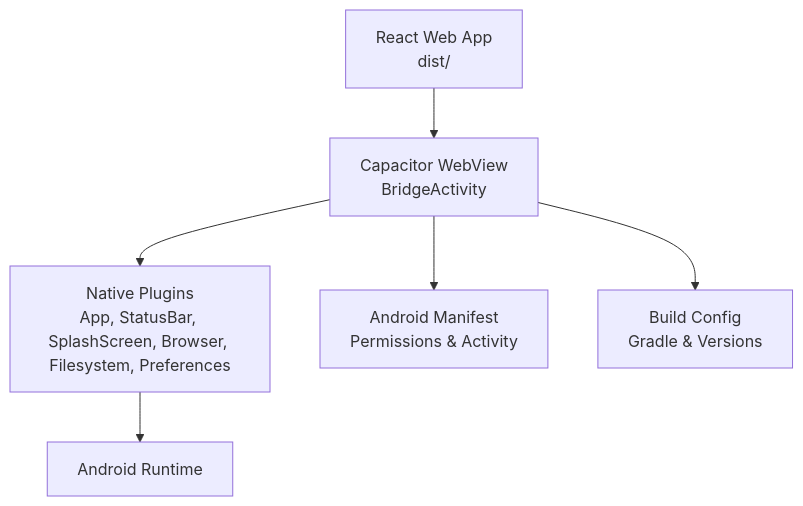
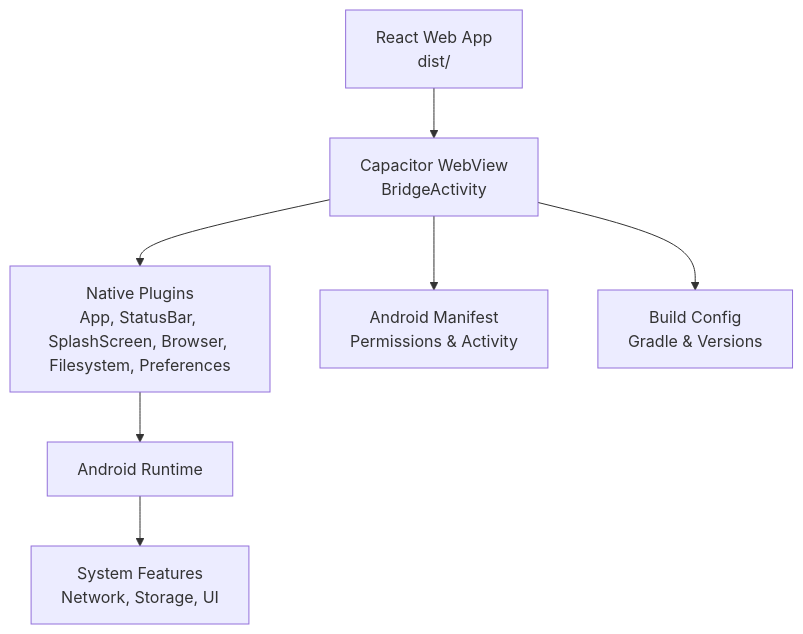
One commit to techniciansupremus-lab/Project-Anime changed the first of 8 diagrams in .qoder/repowiki/en/content/Mobile Application/Mobile Application.md. Above: the diagram before and after it, drawn with Mermaid. The commit also changed other lines of this file and 101 other files, not shown here.

````diff
--- a/.qoder/repowiki/en/content/Mobile Application/Mobile Application.md
+++ b/.qoder/repowiki/en/content/Mobile Application/Mobile Application.md
@@ -41,8 +48,9 @@
 ```mermaid
 graph TB
 A["React Web App<br/>dist/"] --> B["Capacitor WebView<br/>BridgeActivity"]
 B --> C["Native Plugins<br/>App, StatusBar, SplashScreen, Browser, Filesystem, Preferences"]
 B --> D["Android Manifest<br/>Permissions & Activity"]
 B --> E["Build Config<br/>Gradle & Versions"]
 C --> F["Android Runtime"]
+F --> G["System Features<br/>Network, Storage, UI"]
 ```
````
